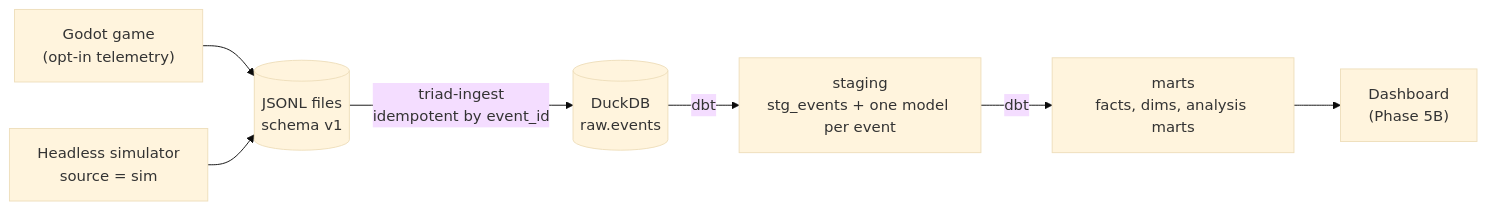
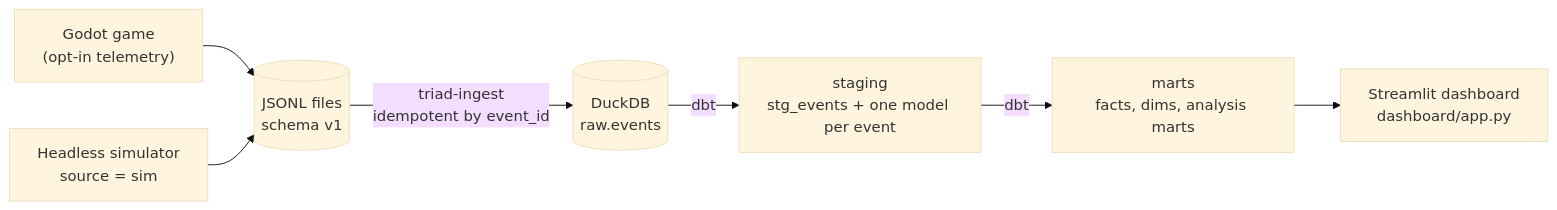
Before and after one commit to DinisMiranda/three_game: the diagram in analytics/README.md, drawn with Mermaid (base theme). The commit also changed other lines of this file and 8 other files, not shown here.

First line of the commit message:
feat: add Streamlit balance dashboard over the dbt marts

````diff
--- a/analytics/README.md
+++ b/analytics/README.md
@@ -8,9 +8,9 @@
 ```mermaid
 flowchart LR
     game["Godot game<br/>(opt-in telemetry)"] --> jsonl[("JSONL files<br/>schema v1")]
     sim["Headless simulator<br/>source = sim"] --> jsonl
     jsonl -->|"triad-ingest<br/>idempotent by event_id"| raw[("DuckDB<br/>raw.events")]
     raw -->|dbt| stg["staging<br/>stg_events + one model per event"]
     stg -->|dbt| marts["marts<br/>facts, dims, analysis marts"]
-    marts --> dash["Dashboard<br/>(Phase 5B)"]
+    marts --> dash["Streamlit dashboard<br/>dashboard/app.py"]
 ```
````
